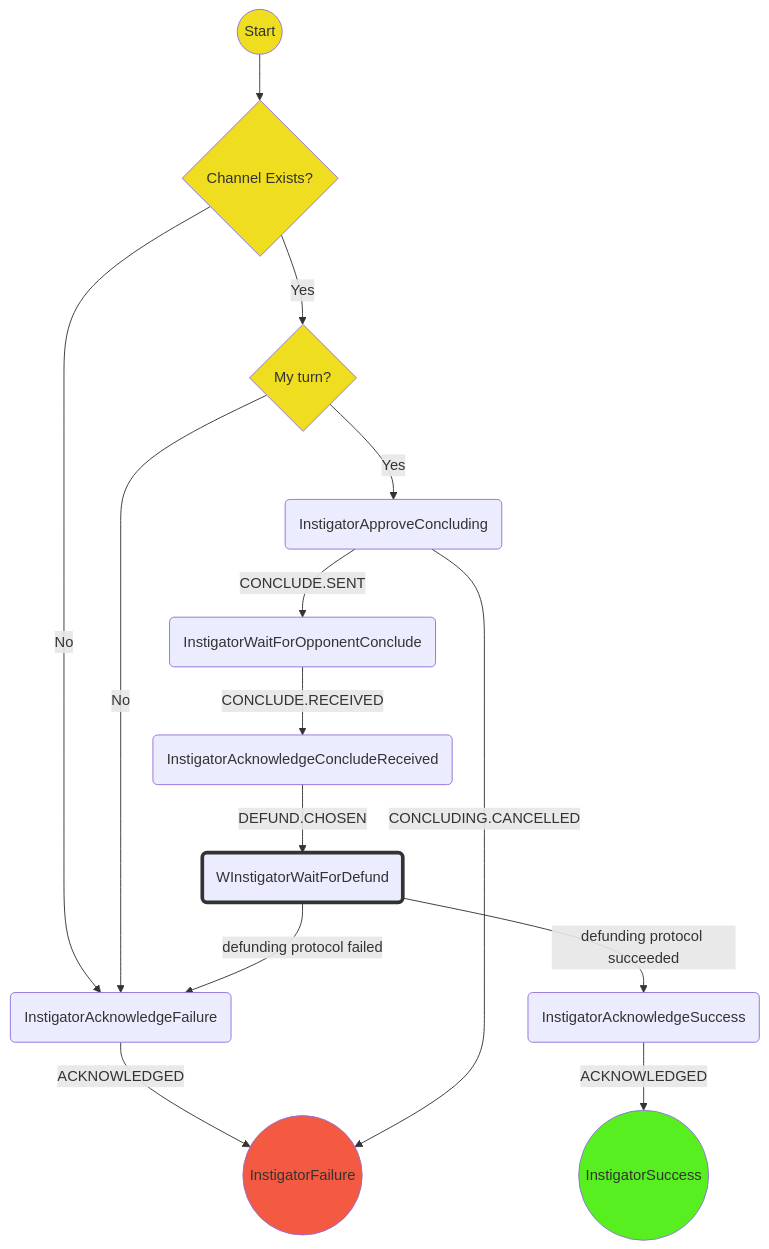
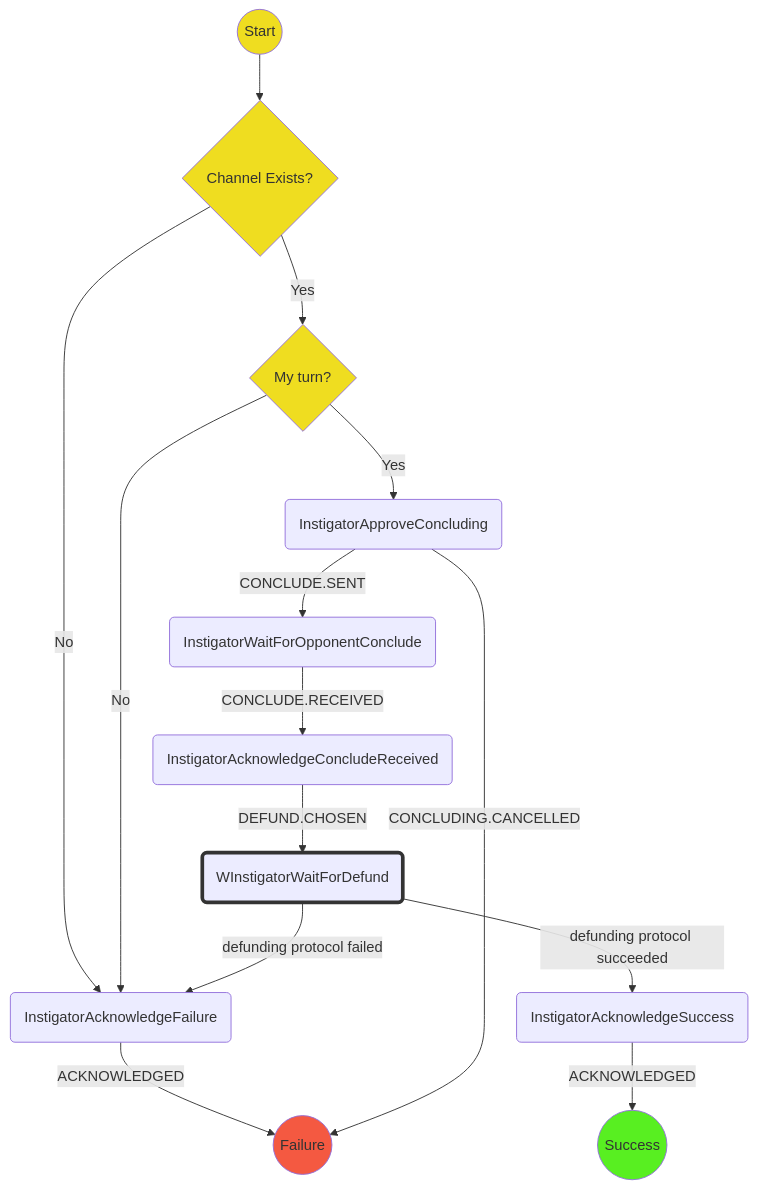
One commit to magmo/apps changed the diagram in packages/wallet/src/redux/protocols/concluding/instigator/readme.md. Above: the diagram before and after it, drawn with Mermaid. The commit also changed other lines of this file and 17 other files, not shown here.

````diff
--- a/packages/wallet/src/redux/protocols/concluding/instigator/readme.md
+++ b/packages/wallet/src/redux/protocols/concluding/instigator/readme.md
@@ -21,22 +21,22 @@
 ```mermaid
 graph TD
   S((Start)) --> E{Channel Exists?}
   E --> |No| AF(InstigatorAcknowledgeFailure)
-  AF -->|ACKNOWLEDGED| F((InstigatorFailure))
+  AF -->|ACKNOWLEDGED| F((Failure))
   E --> |Yes| MT{My turn?}
   MT  --> |Yes| CC(InstigatorApproveConcluding)
   MT  --> |No| AF(InstigatorAcknowledgeFailure)
   CC  --> |CONCLUDING.CANCELLED| F
   CC  --> |CONCLUDE.SENT| WOC(InstigatorWaitForOpponentConclude)
   WOC --> |CONCLUDE.RECEIVED| ACR(InstigatorAcknowledgeConcludeReceived)
   ACR --> |DEFUND.CHOSEN| D(WInstigatorWaitForDefund)
   D   --> |defunding protocol succeeded| AS(InstigatorAcknowledgeSuccess)
-  AS -->  |ACKNOWLEDGED| SS((InstigatorSuccess))
+  AS -->  |ACKNOWLEDGED| SS((Success))
   D   --> |defunding protocol failed| AF(InstigatorAcknowledgeFailure)
   style S  fill:#efdd20
   style E  fill:#efdd20
   style MT fill:#efdd20
   style SS fill:#58ef21
   style F  fill:#f45941
   style D stroke:#333,stroke-width:4px
 ```
````
